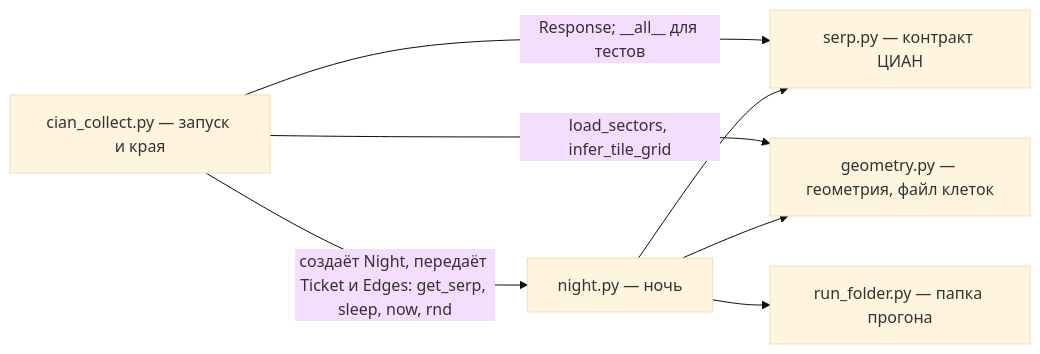
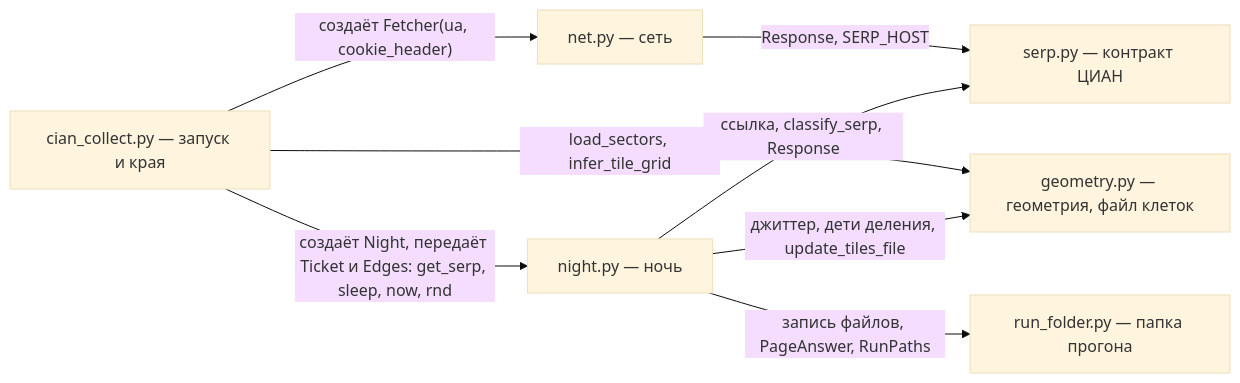
One commit to mih-an/ads_collector changed the third of 3 diagrams in docs/reference/collector_architecture.md. Above: the diagram before and after it, drawn with Mermaid (base theme). The commit also changed other lines of this file, not shown here.

Commit message:
docs: collector_architecture.md — устройство после переезда (net.py, без переэкспорта)

````diff
--- a/docs/reference/collector_architecture.md
+++ b/docs/reference/collector_architecture.md
@@ -154,14 +169,16 @@
 ```mermaid
 flowchart LR
     cc["cian_collect.py — запуск и края"]
+    net["net.py — сеть"]
     night["night.py — ночь"]
     serp["serp.py — контракт ЦИАН"]
     geometry["geometry.py — геометрия, файл клеток"]
     run_folder["run_folder.py — папка прогона"]
+    cc -->|"создаёт Fetcher(ua, cookie_header)"| net
     cc -->|"создаёт Night, передаёт Ticket и Edges: get_serp, sleep, now, rnd"| night
     cc -->|"load_sectors, infer_tile_grid"| geometry
-    cc -->|"Response; __all__ для тестов"| serp
-    night --> serp
-    night --> geometry
-    night --> run_folder
+    net -->|"Response, SERP_HOST"| serp
+    night -->|"ссылка, classify_serp, Response"| serp
+    night -->|"джиттер, дети деления, update_tiles_file"| geometry
+    night -->|"запись файлов, PageAnswer, RunPaths"| run_folder
 ```
````
